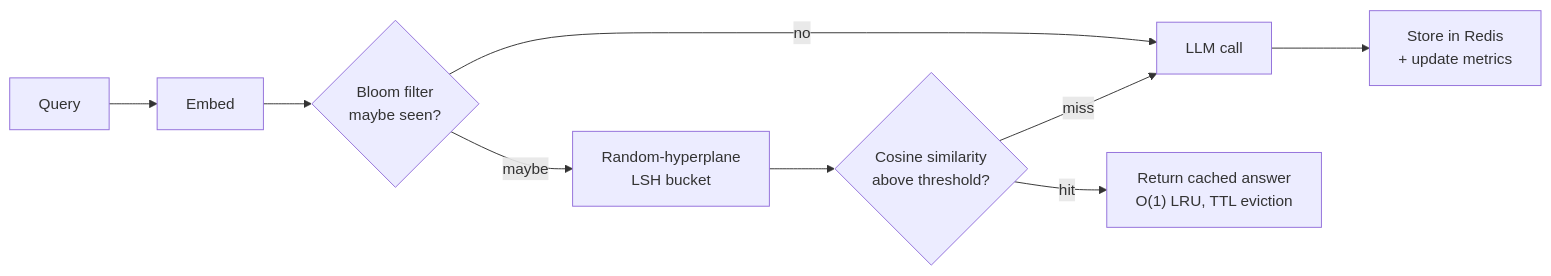
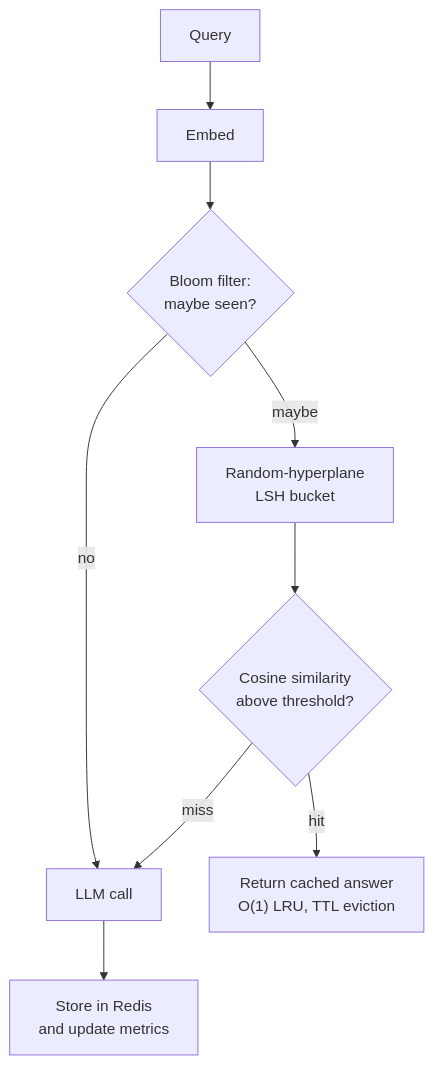
Before and after one commit to Suraj854204/Suraj854204: the third of 8 diagrams in README.md, drawn with Mermaid. The commit also changed other lines of this file, not shown here.

````diff
--- a/README.md
+++ b/README.md
@@ -203,11 +174,11 @@
 ```mermaid
-flowchart LR
+flowchart TD
     Q["Query"] --> E["Embed"]
-    E --> BF{"Bloom filter<br/>maybe seen?"}
+    E --> BF{"Bloom filter:<br/>maybe seen?"}
     BF -->|no| LLM["LLM call"]
     BF -->|maybe| LSH["Random-hyperplane<br/>LSH bucket"]
     LSH --> CS{"Cosine similarity<br/>above threshold?"}
     CS -->|hit| H["Return cached answer<br/>O(1) LRU, TTL eviction"]
     CS -->|miss| LLM
-    LLM --> S["Store in Redis<br/>+ update metrics"]
+    LLM --> S["Store in Redis<br/>and update metrics"]
 ```
````
